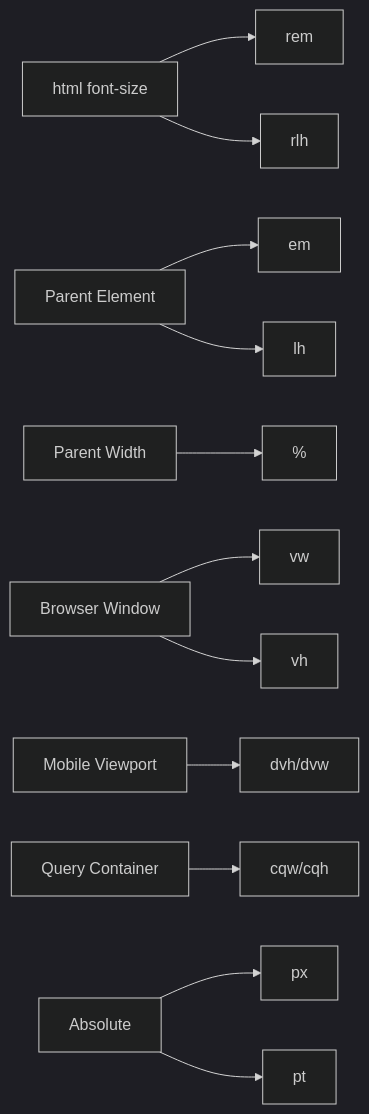
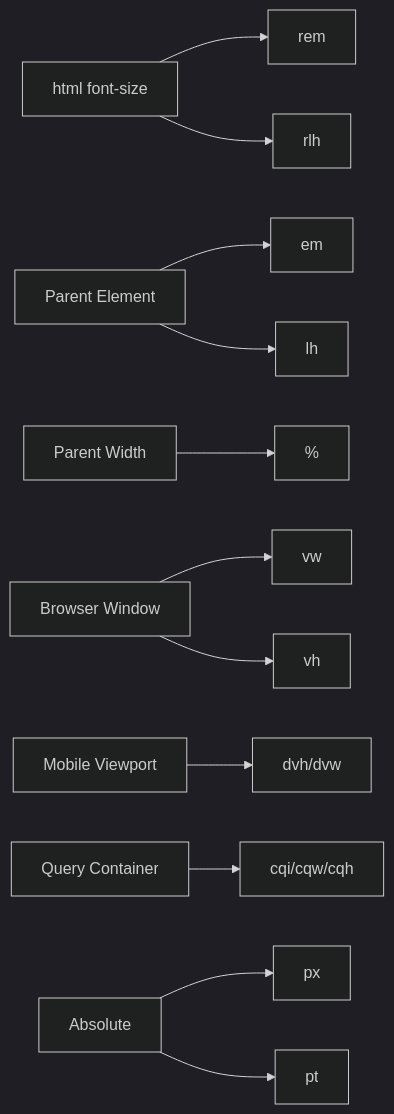
One commit to kumaratul60/System-Design changed the sixth of 10 diagrams in cheatsheets/cssUnits.md. Above: the diagram before and after it, drawn with Mermaid (dark theme). The commit also changed other lines of this file and 1 other file, not shown here.

````diff
--- a/cheatsheets/cssUnits.md
+++ b/cheatsheets/cssUnits.md
@@ -1236,14 +1530,14 @@
    ```mermaid
    graph LR
      HTML[html font-size] --> rem
      HTML --> rlh
      Parent[Parent Element] --> em
      Parent --> lh
      Container[Parent Width] --> pct["%"]
      Viewport[Browser Window] --> vw
      Viewport --> vh
      DynamicViewport[Mobile Viewport] --> dvh/dvw
-     QueryContainer[Query Container] --> cqw/cqh
+     QueryContainer[Query Container] --> cqi/cqw/cqh
      Nothing[Absolute] --> px
      Nothing --> pt
    ```
````
